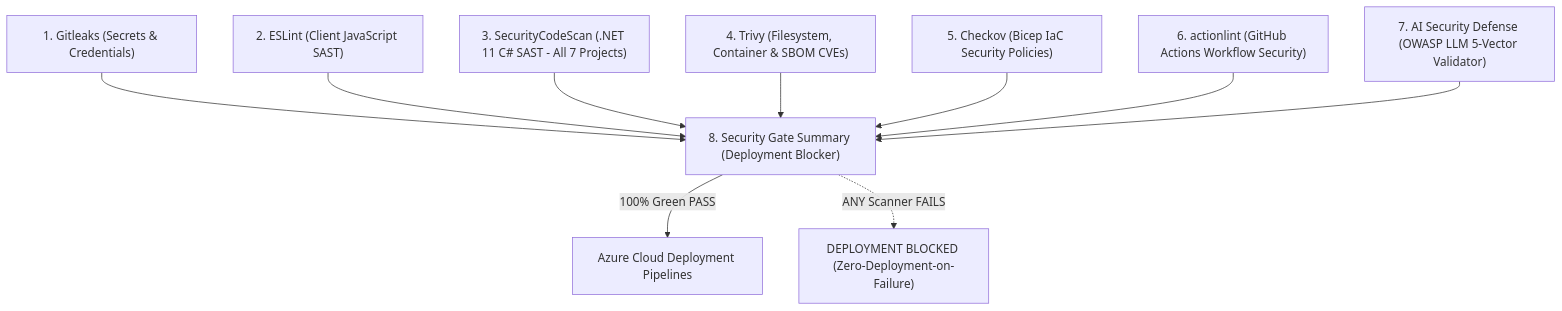
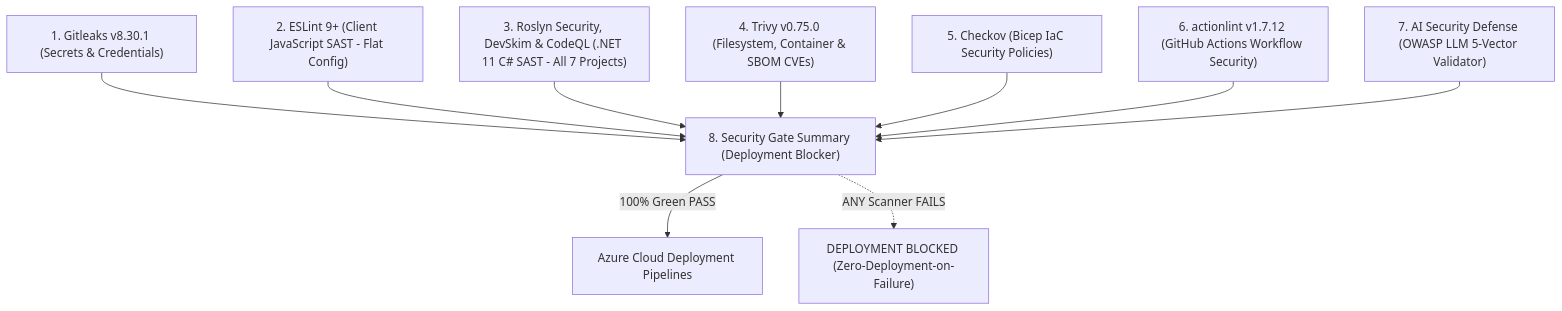
The diagram in SECURITY.md (nikunjbanker/diet-dost), drawn with Mermaid before and after one commit. The commit also changed other lines of this file and 14 other files, not shown here.

First line of the commit message:
feat(security): modernize code security tooling, resolve deprecations, and integrate multi-layer C# SAST (Roslyn, DevSkim & CodeQL)

````diff
--- a/SECURITY.md
+++ b/SECURITY.md
@@ -78,16 +78,16 @@
 ```mermaid
 graph TD
-    SCAN1["1. Gitleaks (Secrets & Credentials)"]
-    SCAN2["2. ESLint (Client JavaScript SAST)"]
-    SCAN3["3. SecurityCodeScan (.NET 11 C# SAST - All 7 Projects)"]
-    SCAN4["4. Trivy (Filesystem, Container & SBOM CVEs)"]
+    SCAN1["1. Gitleaks v8.30.1 (Secrets & Credentials)"]
+    SCAN2["2. ESLint 9+ (Client JavaScript SAST - Flat Config)"]
+    SCAN3["3. Roslyn Security, DevSkim & CodeQL (.NET 11 C# SAST - All 7 Projects)"]
+    SCAN4["4. Trivy v0.75.0 (Filesystem, Container & SBOM CVEs)"]
     SCAN5["5. Checkov (Bicep IaC Security Policies)"]
-    SCAN6["6. actionlint (GitHub Actions Workflow Security)"]
+    SCAN6["6. actionlint v1.7.12 (GitHub Actions Workflow Security)"]
     SCAN7["7. AI Security Defense (OWASP LLM 5-Vector Validator)"]
     SUMMARY["8. Security Gate Summary (Deployment Blocker)"]
     DEPLOY["Azure Cloud Deployment Pipelines"]
 
     SCAN1 & SCAN2 & SCAN3 & SCAN4 & SCAN5 & SCAN6 & SCAN7 --> SUMMARY
     SUMMARY -->|100% Green PASS| DEPLOY
     SUMMARY -.->|ANY Scanner FAILS| BLOCKED["DEPLOYMENT BLOCKED (Zero-Deployment-on-Failure)"]
 ```
````
